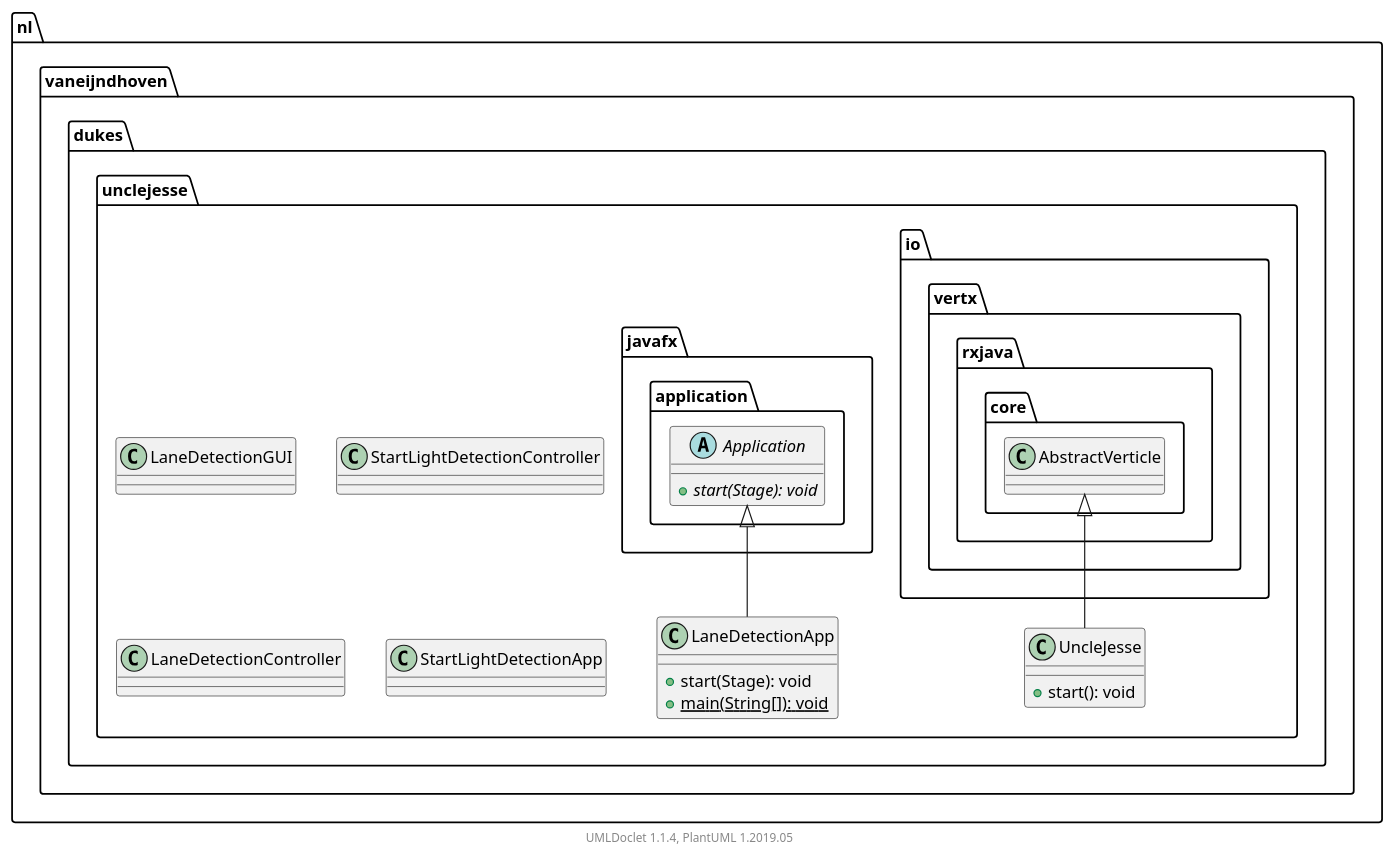
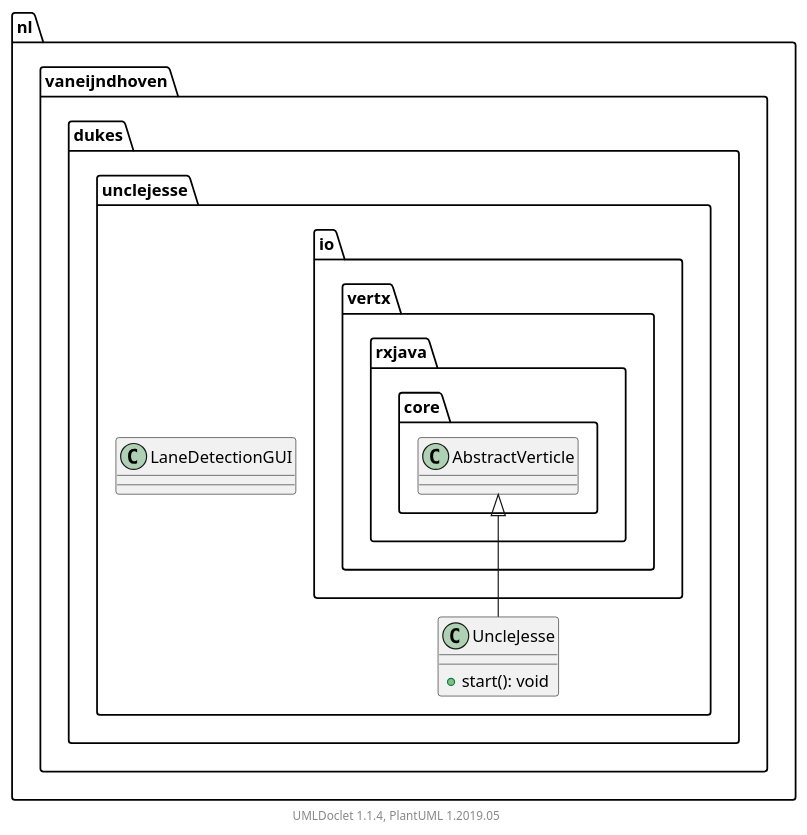
Before and after one commit to rc-dukes/dukes: the diagram in dukes/apidocs/nl/vaneijndhoven/dukes/unclejesse/package.puml, drawn with PlantUML. The commit also changed 2546 other files, not shown here.

```diff
--- a/dukes/apidocs/nl/vaneijndhoven/dukes/unclejesse/package.puml
+++ b/dukes/apidocs/nl/vaneijndhoven/dukes/unclejesse/package.puml
@@ -1,38 +1,19 @@
 @startuml
 
     namespace nl.vaneijndhoven.dukes.unclejesse {
 
         class LaneDetectionGUI [[LaneDetectionGUI.html]] {
         }
 
-        class StartLightDetectionController [[StartLightDetectionController.html]] {
-        }
-
-        class LaneDetectionController [[LaneDetectionController.html]] {
-        }
-
-        class StartLightDetectionApp [[StartLightDetectionApp.html]] {
-        }
-
         class UncleJesse [[UncleJesse.html]] {
             +start(): void
         }
 
-        class LaneDetectionApp [[LaneDetectionApp.html]] {
-            +start(Stage): void
-            {static} +main(String[]): void
-        }
-
         class io.vertx.rxjava.core.AbstractVerticle
         io.vertx.rxjava.core.AbstractVerticle <|-- UncleJesse
-
-        abstract class javafx.application.Application {
-            {abstract} +start(Stage): void
-        }
-        javafx.application.Application <|-- LaneDetectionApp
 
     }
 
 
     center footer UMLDoclet 1.1.4, PlantUML 1.2019.05
 @enduml
```
